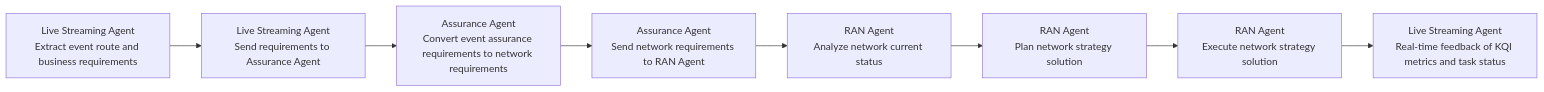
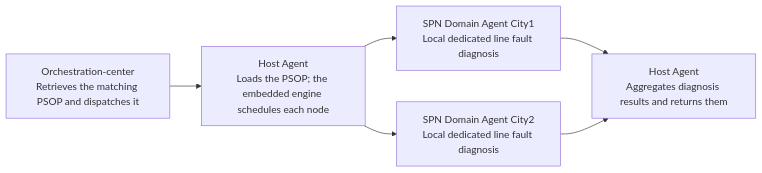
One commit to project-openan/docs changed the diagram in en/quick_start.md. Above: the diagram before and after it, drawn with Mermaid. The commit also changed other lines of this file and 8 other files, not shown here.

````diff
--- a/en/quick_start.md
+++ b/en/quick_start.md
@@ -996,10 +1039,8 @@
 ```mermaid
   	 flowchart LR
-  	     A[Live Streaming Agent<br/>Extract event route and business requirements] --> B[Live Streaming Agent<br/>Send requirements to Assurance Agent]
-  	     B --> C[Assurance Agent<br/>Convert event assurance requirements to network requirements]
-  	     C --> D[Assurance Agent<br/>Send network requirements to RAN Agent]
-  	     D --> E[RAN Agent<br/>Analyze network current status]
-  	     E --> F[RAN Agent<br/>Plan network strategy solution]
-  	     F --> G[RAN Agent<br/>Execute network strategy solution]
-  	     G --> H[Live Streaming Agent<br/>Real-time feedback of KQI metrics and task status]
+  	     A[Orchestration-center<br/>Retrieves the matching PSOP and dispatches it] --> B[Host Agent<br/>Loads the PSOP; the embedded engine schedules each node]
+  	     B --> C[SPN Domain Agent City1<br/>Local dedicated line fault diagnosis]
+  	     B --> D[SPN Domain Agent City2<br/>Local dedicated line fault diagnosis]
+  	     C --> E[Host Agent<br/>Aggregates diagnosis results and returns them]
+  	     D --> E
  ```
````
